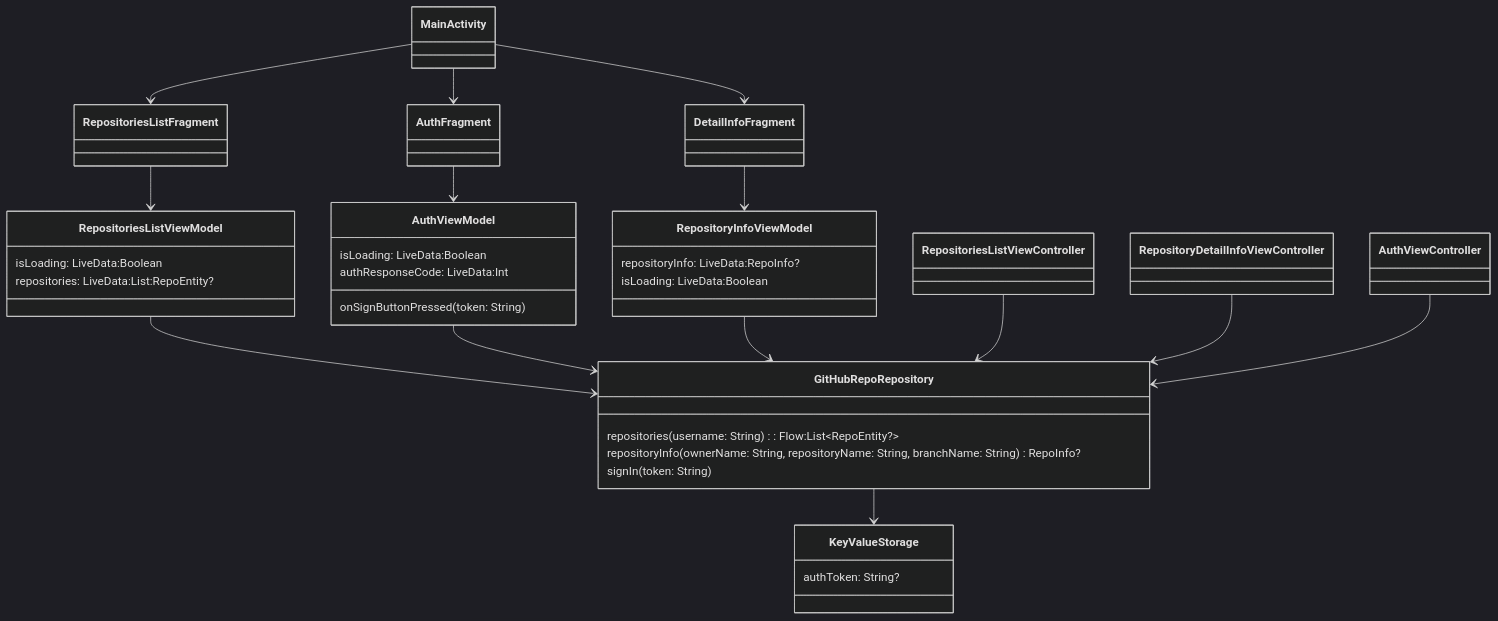
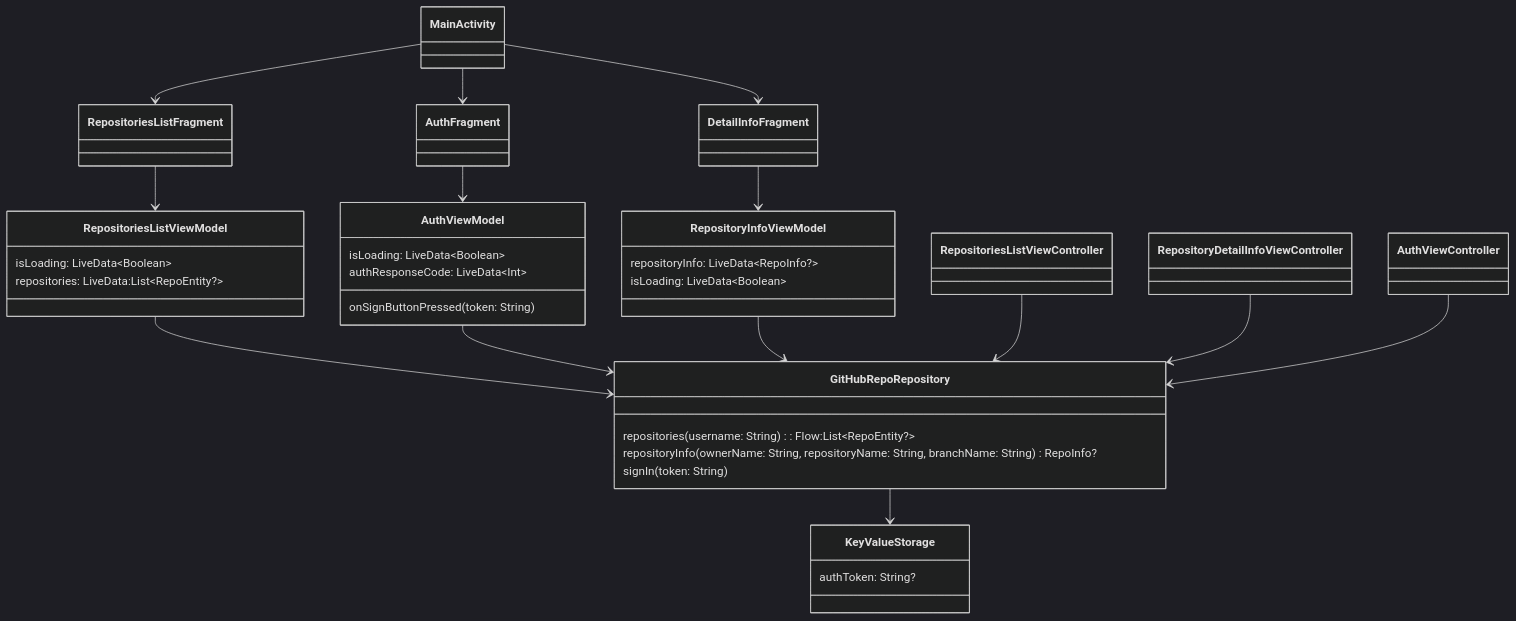
Before and after one commit to icerockdev/kmm.icerock.dev: the diagram in university/3-kotlin-multiplatform-mobile/practice.md, drawn with Mermaid (dark theme). The commit also changed 1 other file, not shown here.

````diff
--- a/university/3-kotlin-multiplatform-mobile/practice.md
+++ b/university/3-kotlin-multiplatform-mobile/practice.md
@@ -31,56 +31,56 @@
 ```mermaid
 classDiagram
 
 class AuthViewModel:::android{
-   isLoading: LiveData:Boolean
-   authResponseCode: LiveData:Int
+   isLoading: LiveData~Boolean~
+   authResponseCode: LiveData~Int~
    onSignButtonPressed(token: String)
 }
    
 class RepositoryInfoViewModel:::android{
-   repositoryInfo: LiveData:RepoInfo?
-   isLoading: LiveData:Boolean
+   repositoryInfo: LiveData~RepoInfo?~
+   isLoading: LiveData~Boolean~
 }
    
 class RepositoriesListViewModel:::android {
-   isLoading: LiveData:Boolean
-   repositories: LiveData:List:RepoEntity?
+   isLoading: LiveData~Boolean~
+   repositories: LiveData:List~RepoEntity?~
 }
    
 class GitHubRepoRepository:::common {
    repositories(username: String): Flow:List~RepoEntity?~
    repositoryInfo(ownerName: String, repositoryName: String, branchName: String) RepoInfo?
    signIn(token: String)
 }
 
 class KeyValueStorage:::common{
   authToken: String?
 }
 
 class MainActivity:::android
 class RepositoriesListFragment:::android
 class DetailInfoFragment:::android
 class AuthFragment:::android
 
 class RepositoriesListViewController:::ios
 class RepositoryDetailInfoViewController:::ios
 class AuthViewController:::ios
 
 MainActivity --> AuthFragment
 MainActivity --> RepositoriesListFragment
 MainActivity --> DetailInfoFragment
 
 RepositoriesListFragment --> RepositoriesListViewModel
 DetailInfoFragment --> RepositoryInfoViewModel
 AuthFragment --> AuthViewModel
    
 RepositoriesListViewModel --> GitHubRepoRepository
 AuthViewModel --> GitHubRepoRepository
 RepositoryInfoViewModel --> GitHubRepoRepository
        
 RepositoriesListViewController --> GitHubRepoRepository
 RepositoryDetailInfoViewController --> GitHubRepoRepository
 AuthViewController --> GitHubRepoRepository
 
 GitHubRepoRepository --> KeyValueStorage
 ```
````
